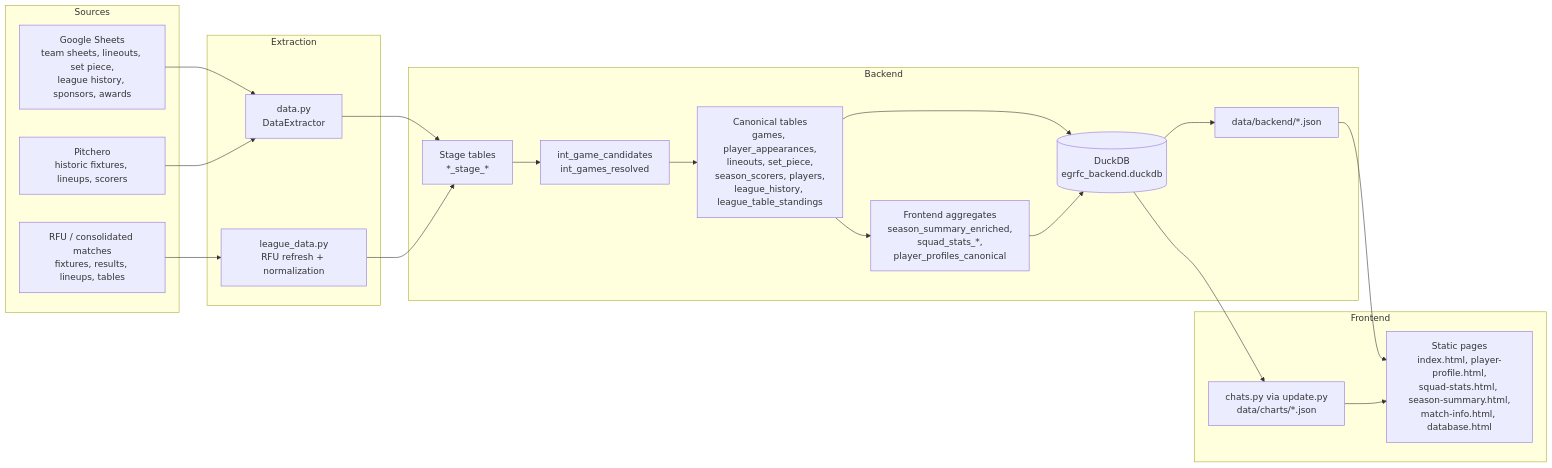
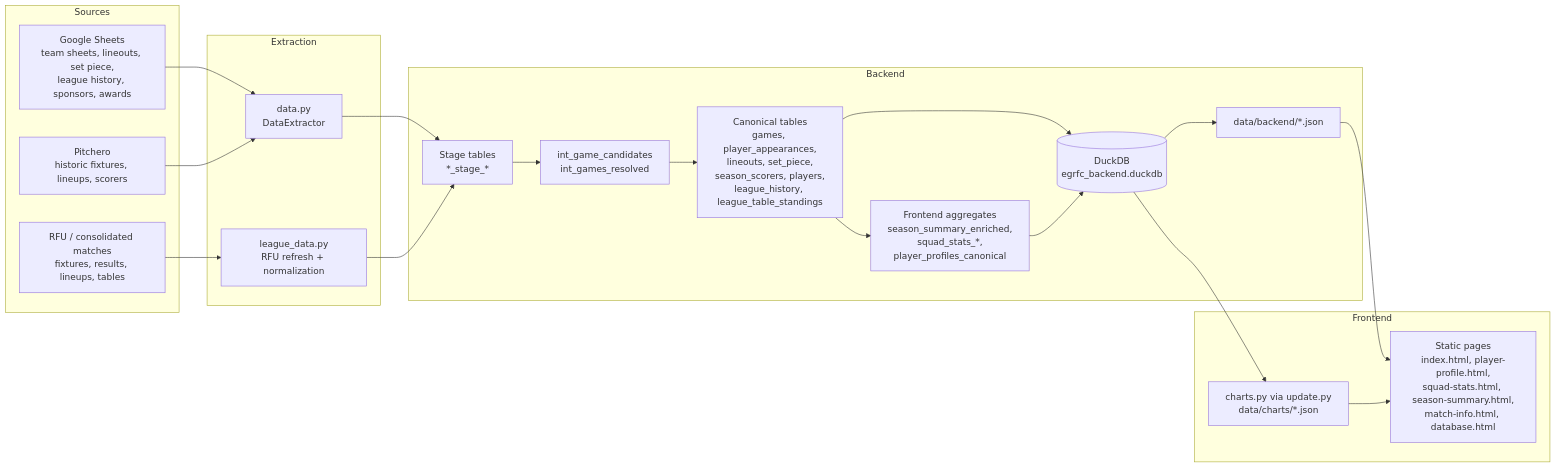
One commit to samnlindsay/egrfc-stats changed the diagram in docs/backend-user-guide.md. Above: the diagram before and after it, drawn with Mermaid.

Commit message:
Finalize backend user guide

````diff
--- a/docs/backend-user-guide.md
+++ b/docs/backend-user-guide.md
@@ -134,42 +134,42 @@
 ```mermaid
 flowchart LR
     subgraph Sources
         GS[Google Sheets\nteam sheets, lineouts, set piece,\nleague history, sponsors, awards]
         PI[Pitchero\nhistoric fixtures, lineups, scorers]
         RFU[RFU / consolidated matches\nfixtures, results, lineups, tables]
     end
 
     subgraph Extraction
         DATA[data.py\nDataExtractor]
         LEAGUE[league_data.py\nRFU refresh + normalization]
     end
 
     subgraph Backend
         STAGE[Stage tables\n*_stage_*]
         INT[int_game_candidates\nint_games_resolved]
         CANON[Canonical tables\ngames, player_appearances,\nlineouts, set_piece,\nseason_scorers, players,\nleague_history, league_table_standings]
         ENRICH[Frontend aggregates\nseason_summary_enriched,\nsquad_stats_*,\nplayer_profiles_canonical]
         DB[(DuckDB\n egrfc_backend.duckdb)]
         EXPORT[data/backend/*.json]
     end
 
     subgraph Frontend
-        CHARTS[chats.py via update.py\ndata/charts/*.json]
+        CHARTS[charts.py via update.py\ndata/charts/*.json]
         PAGES[Static pages\nindex.html, player-profile.html,\nsquad-stats.html, season-summary.html,\nmatch-info.html, database.html]
     end
 
     GS --> DATA
     PI --> DATA
     RFU --> LEAGUE
     DATA --> STAGE
     LEAGUE --> STAGE
     STAGE --> INT
     INT --> CANON
     CANON --> ENRICH
     CANON --> DB
     ENRICH --> DB
     DB --> EXPORT
     DB --> CHARTS
     EXPORT --> PAGES
     CHARTS --> PAGES
 ```
````
